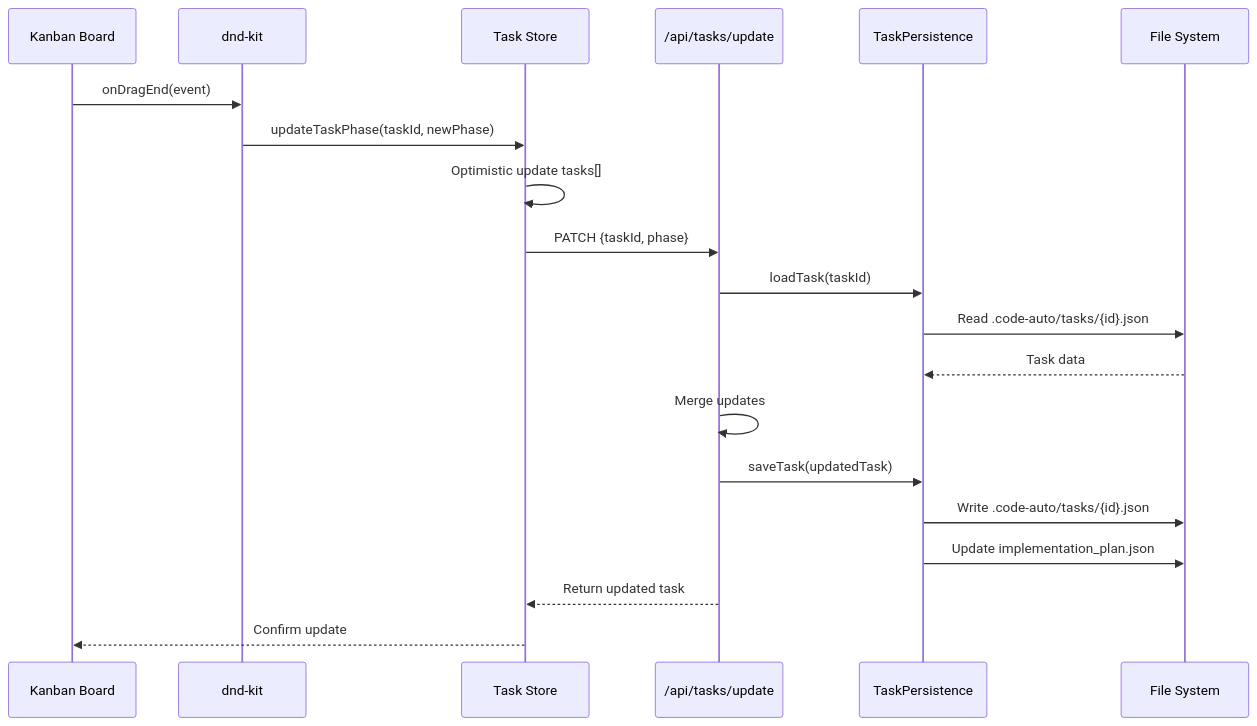
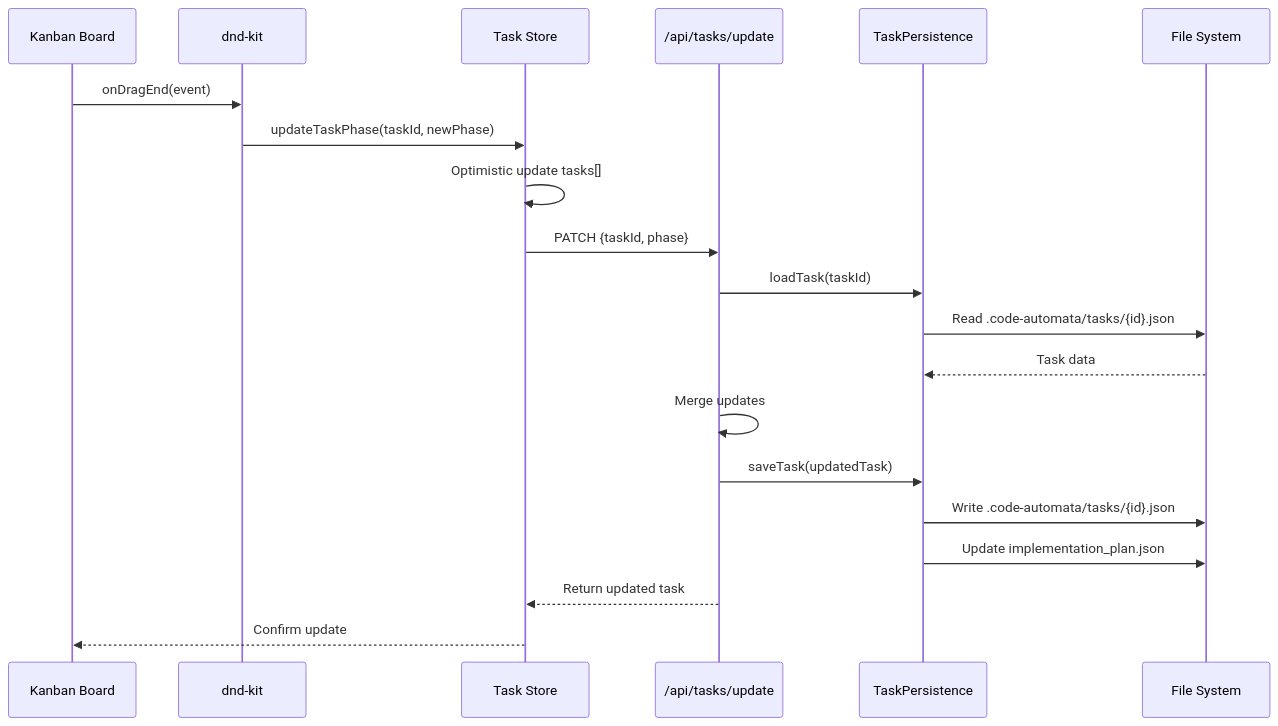
The second of 5 diagrams in docs/DATA_FLOW.md (danted4/Code-Auto), drawn with Mermaid before and after one commit. The commit also changed other lines of this file and 73 other files, not shown here.

````diff
--- a/docs/DATA_FLOW.md
+++ b/docs/DATA_FLOW.md
@@ -151,23 +151,23 @@
 ```mermaid
 sequenceDiagram
     participant UI as Kanban Board
     participant DnD as dnd-kit
     participant Store as Task Store
     participant API as /api/tasks/update
     participant Persist as TaskPersistence
     participant FS as File System
 
     UI->>DnD: onDragEnd(event)
     DnD->>Store: updateTaskPhase(taskId, newPhase)
     Store->>Store: Optimistic update tasks[]
     Store->>API: PATCH {taskId, phase}
     API->>Persist: loadTask(taskId)
-    Persist->>FS: Read .code-auto/tasks/{id}.json
+    Persist->>FS: Read .code-automata/tasks/{id}.json
     FS-->>Persist: Task data
     API->>API: Merge updates
     API->>Persist: saveTask(updatedTask)
-    Persist->>FS: Write .code-auto/tasks/{id}.json
+    Persist->>FS: Write .code-automata/tasks/{id}.json
     Persist->>FS: Update implementation_plan.json
     API-->>Store: Return updated task
     Store-->>UI: Confirm update
 ```
````
